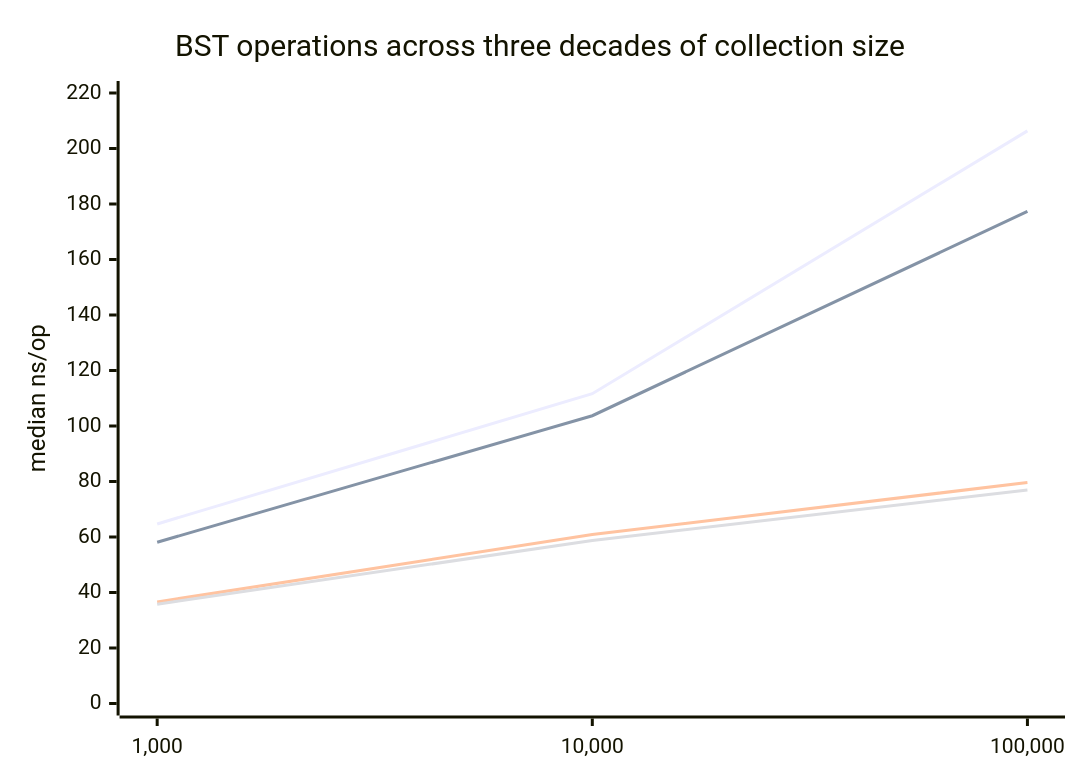
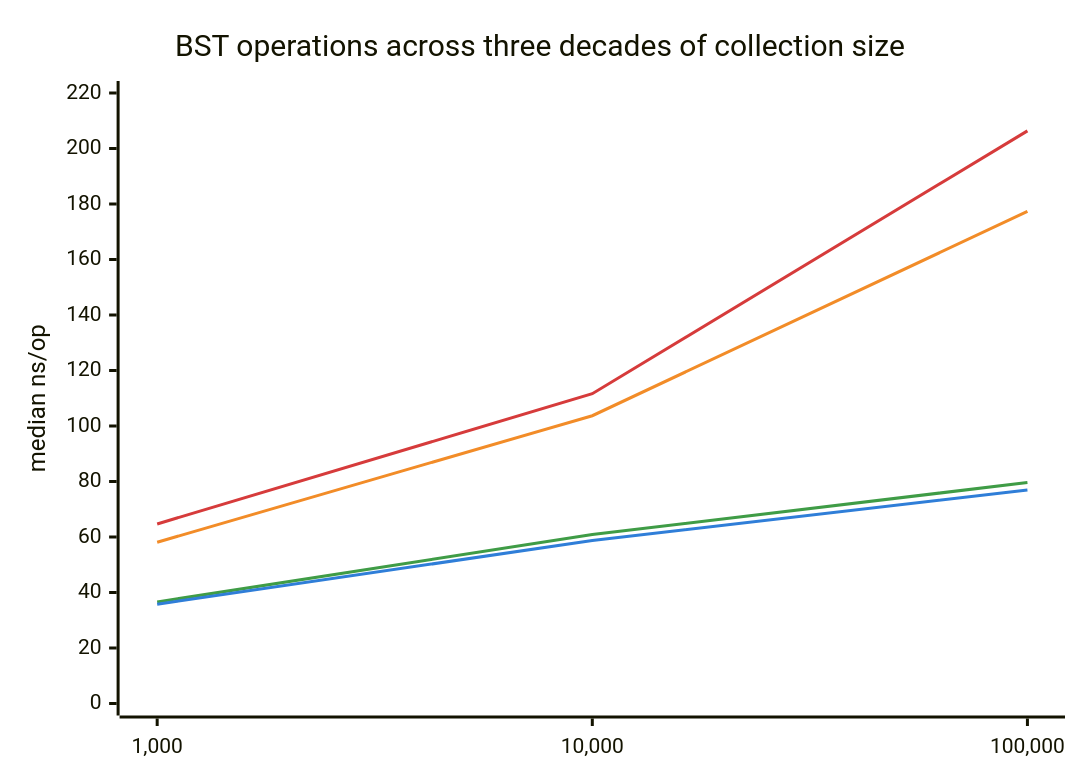
Before and after one commit to alschofield/c-data-structures-and-algorithms: the fifth of 5 diagrams in bench/README.md, drawn with Mermaid. The commit also changed other lines of this file, not shown here.

Commit message:
Add color-coded legends and readable labels to benchmark charts

````diff
--- a/bench/README.md
+++ b/bench/README.md
@@ -195,10 +248,16 @@
 ```mermaid
+---
+config:
+  themeVariables:
+    xyChart:
+      plotColorPalette: "#d63b3b, #f28c28, #3f9c46, #2f7ed8"
+---
 xychart-beta
     title "BST operations across three decades of collection size"
     x-axis ["1,000", "10,000", "100,000"]
     y-axis "median ns/op" 0 --> 220
     line "insert" [64.70, 111.65, 206.34]
     line "remove" [58.10, 103.70, 177.33]
     line "contains" [36.60, 60.88, 79.62]
     line "find" [35.80, 58.72, 76.96]
 ```
````
